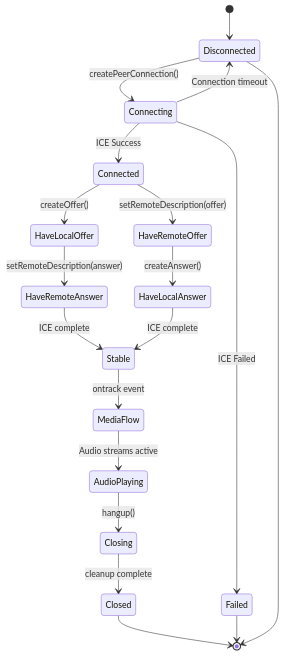
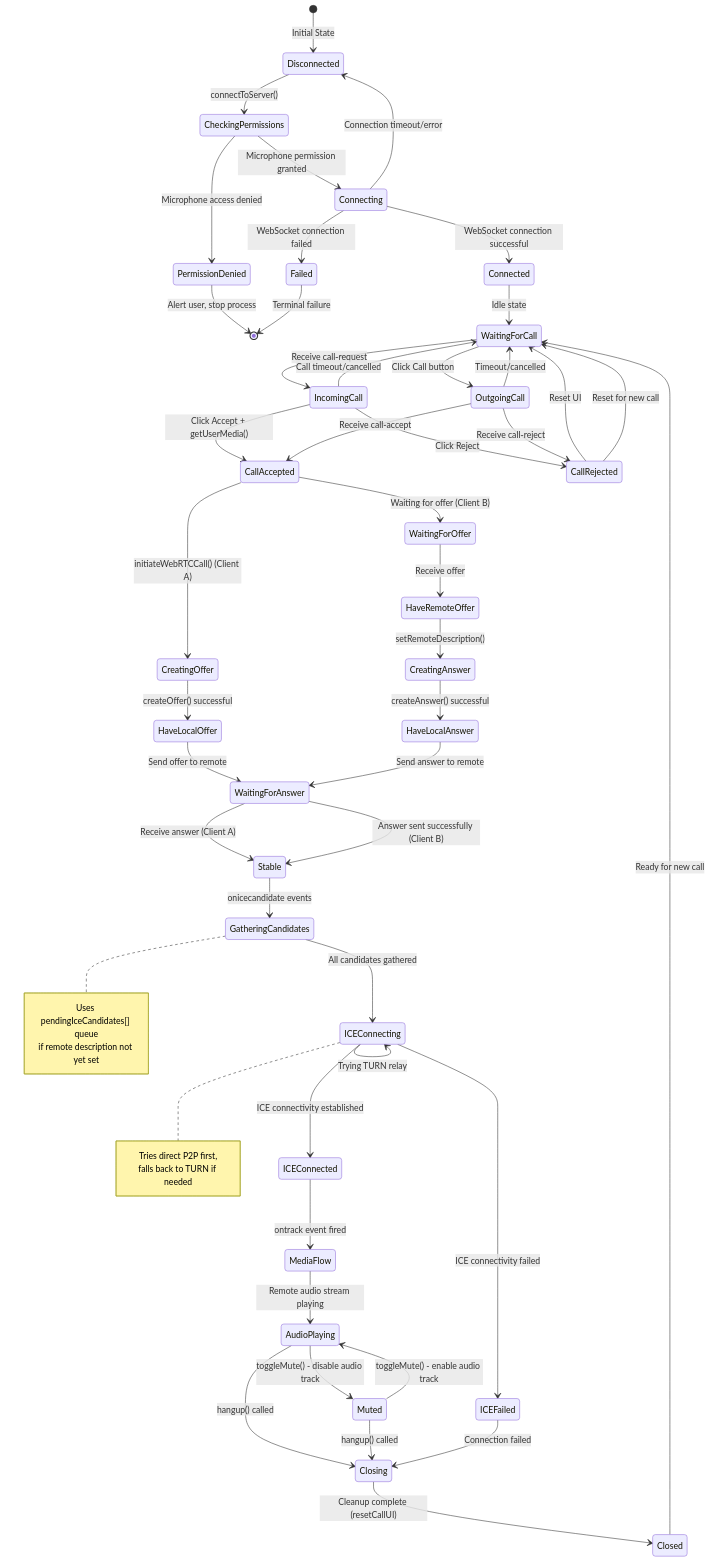
The fourth of 10 diagrams in MERMAID_DIAGRAMS.md (raihandotmd/webrtc-call), drawn with Mermaid before and after one commit. The commit also changed other lines of this file, not shown here.

Commit message:
Enhance Mermaid diagrams for WebRTC documentation with detailed client IDs, improved ICE handling, and added TURN server integration

````diff
--- a/MERMAID_DIAGRAMS.md
+++ b/MERMAID_DIAGRAMS.md
@@ -190,28 +254,70 @@
 ```mermaid
 stateDiagram-v2
-    [*] --> Disconnected
+    [*] --> Disconnected : Initial State
 
-    Disconnected --> Connecting : createPeerConnection()
-    Connecting --> Connected : ICE Success
-    Connecting --> Failed : ICE Failed
-    Connecting --> Disconnected : Connection timeout
+    Disconnected --> CheckingPermissions : connectToServer()
+    CheckingPermissions --> PermissionDenied : Microphone access denied
+    CheckingPermissions --> Connecting : Microphone permission granted
+    PermissionDenied --> [*] : Alert user, stop process
 
-    Connected --> HaveLocalOffer : createOffer()
-    HaveLocalOffer --> HaveRemoteAnswer : setRemoteDescription(answer)
-    HaveRemoteAnswer --> Stable : ICE complete
+    Connecting --> Connected : WebSocket connection successful
+    Connecting --> Failed : WebSocket connection failed
+    Connecting --> Disconnected : Connection timeout/error
 
-    Connected --> HaveRemoteOffer : setRemoteDescription(offer)
-    HaveRemoteOffer --> HaveLocalAnswer : createAnswer()
-    HaveLocalAnswer --> Stable : ICE complete
+    Connected --> WaitingForCall : Idle state
+    WaitingForCall --> IncomingCall : Receive call-request
+    WaitingForCall --> OutgoingCall : Click Call button
 
-    Stable --> MediaFlow : ontrack event
-    MediaFlow --> AudioPlaying : Audio streams active
+    IncomingCall --> CallAccepted : Click Accept + getUserMedia()
+    IncomingCall --> CallRejected : Click Reject
+    IncomingCall --> WaitingForCall : Call timeout/cancelled
+    CallRejected --> WaitingForCall : Reset UI
 
-    AudioPlaying --> Closing : hangup()
-    Closing --> Closed : cleanup complete
-    Closed --> [*]
+    OutgoingCall --> CallAccepted : Receive call-accept
+    OutgoingCall --> CallRejected : Receive call-reject
+    OutgoingCall --> WaitingForCall : Timeout/cancelled
 
-    Failed --> [*]
-    Disconnected --> [*]
+    CallAccepted --> CreatingOffer : initiateWebRTCCall() (Client A)
+    CallAccepted --> WaitingForOffer : Waiting for offer (Client B)
 
+    CreatingOffer --> HaveLocalOffer : createOffer() successful
+    HaveLocalOffer --> WaitingForAnswer : Send offer to remote
+
+    WaitingForOffer --> HaveRemoteOffer : Receive offer
+    HaveRemoteOffer --> CreatingAnswer : setRemoteDescription()
+    CreatingAnswer --> HaveLocalAnswer : createAnswer() successful
+    HaveLocalAnswer --> WaitingForAnswer : Send answer to remote
+
+    WaitingForAnswer --> Stable : Receive answer (Client A)
+    WaitingForAnswer --> Stable : Answer sent successfully (Client B)
+
+    Stable --> GatheringCandidates : onicecandidate events
+    GatheringCandidates --> ICEConnecting : All candidates gathered
+    ICEConnecting --> ICEConnected : ICE connectivity established
+    ICEConnecting --> ICEFailed : ICE connectivity failed
+    ICEConnecting --> ICEConnecting : Trying TURN relay
+
+    ICEConnected --> MediaFlow : ontrack event fired
+    MediaFlow --> AudioPlaying : Remote audio stream playing
+    AudioPlaying --> Muted : toggleMute() - disable audio track
+    Muted --> AudioPlaying : toggleMute() - enable audio track
+
+    AudioPlaying --> Closing : hangup() called
+    Muted --> Closing : hangup() called
+    Closing --> Closed : Cleanup complete (resetCallUI)
+    Closed --> WaitingForCall : Ready for new call
+
+    ICEFailed --> Closing : Connection failed
+    Failed --> [*] : Terminal failure
+    CallRejected --> WaitingForCall : Reset for new call
+
+    note right of GatheringCandidates
+        Uses pendingIceCandidates[] queue
+        if remote description not yet set
+    end note
+
+    note right of ICEConnecting
+        Tries direct P2P first,
+        falls back to TURN if needed
+    end note
 ```
````
